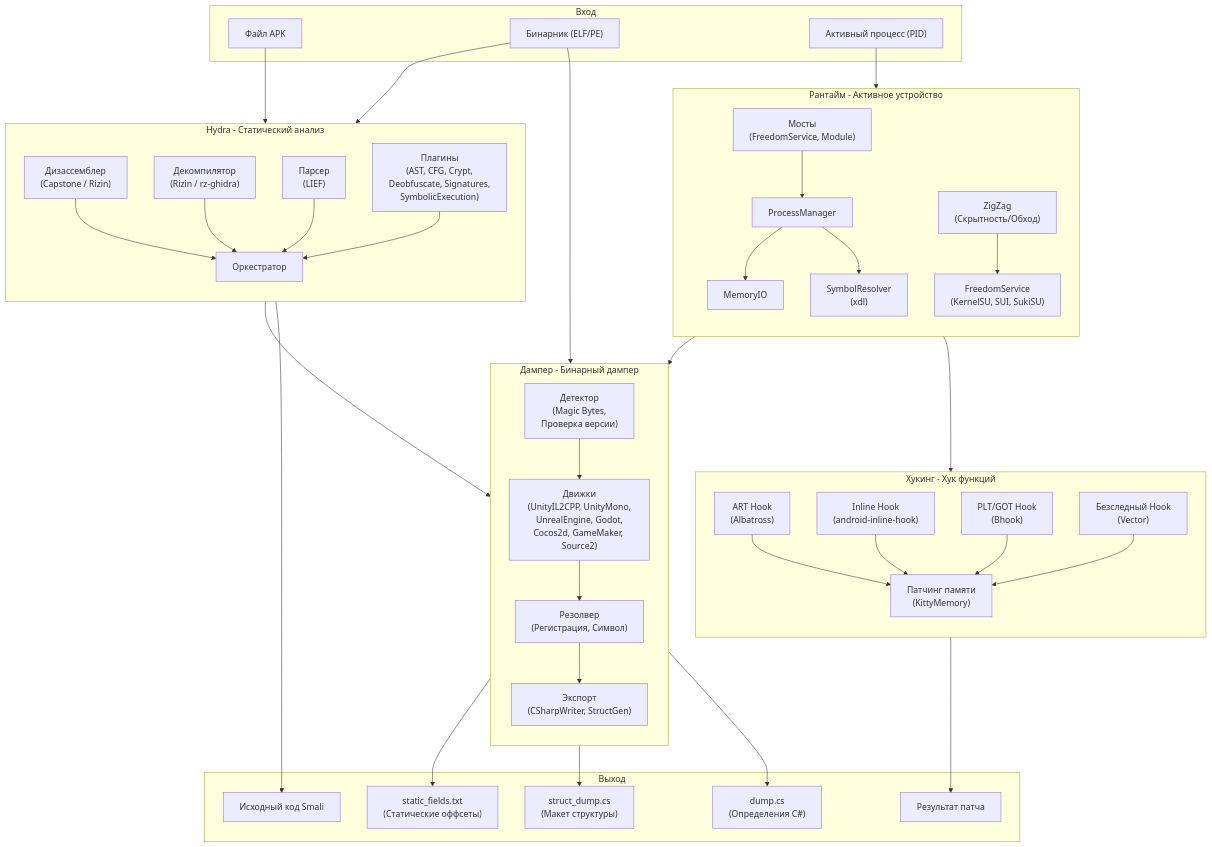
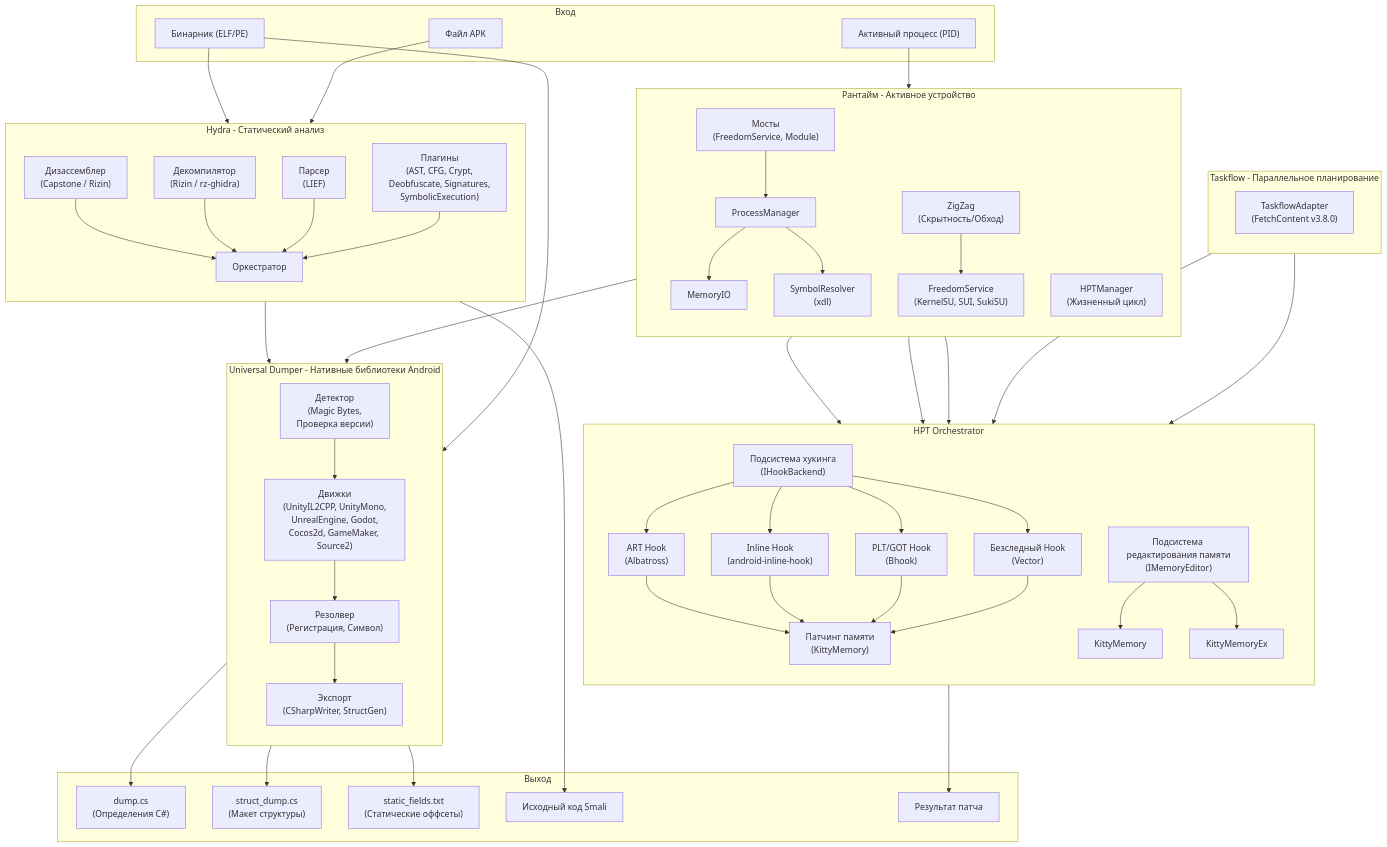
One commit to CicakDroid/OmniByte changed the first of 2 diagrams in README_RU.md. Above: the diagram before and after it, drawn with Mermaid. The commit also changed other lines of this file and 5 other files, not shown here.

First line of the commit message:
docs: refresh all README diagrams & add build script

````diff
--- a/README_RU.md
+++ b/README_RU.md
@@ -160,7 +168,7 @@
         H_PLG --> H_ORC
     end
 
-    subgraph DUMPER["Дампер - Бинарный дампер"]
+    subgraph DUMPER["Universal Dumper - Нативные библиотеки Android"]
         direction TB
         D_DET["Детектор\n(Magic Bytes,\nПроверка версии)"]
         D_ENG["Движки\n(UnityIL2CPP, UnityMono,\nUnrealEngine, Godot,\nCocos2d, GameMaker, Source2)"]
@@ -171,16 +179,20 @@
         D_RES --> D_EXP
     end
 
-    subgraph HOOKER["Хукинг - Хук функций"]
+    subgraph HPT["HPT Orchestrator"]
         direction TB
-        HK_ART["ART Hook\n(Albatross)"]
-        HK_INL["Inline Hook\n(android-inline-hook)"]
-        HK_PLT["PLT/GOT Hook\n(Bhook)"]
-        HK_TLS["Безследный Hook\n(Vector)"]
+        HK_MOD["Подсистема хукинга\n(IHookBackend)"]
+        ME_MOD["Подсистема редактирования памяти\n(IMemoryEditor)"]
+        HK_MOD --> HK_ART["ART Hook\n(Albatross)"]
+        HK_MOD --> HK_INL["Inline Hook\n(android-inline-hook)"]
+        HK_MOD --> HK_PLT["PLT/GOT Hook\n(Bhook)"]
+        HK_MOD --> HK_TLS["Безследный Hook\n(Vector)"]
         HK_ART --> HK_MEM["Патчинг памяти\n(KittyMemory)"]
         HK_INL --> HK_MEM
         HK_PLT --> HK_MEM
         HK_TLS --> HK_MEM
+        ME_MOD --> ME_KIT["KittyMemory"]
+        ME_MOD --> ME_KITX["KittyMemoryEx"]
     end
 
     subgraph RUNTIME["Рантайм - Активное устройство"]
@@ -190,11 +202,19 @@
         R_MIO["MemoryIO"]
         R_SYM["SymbolResolver\n(xdl)"]
         R_ZZ["ZigZag\n(Скрытность/Обход)"]
+        R_HPT["HPTManager\n(Жизненный цикл)"]
         R_FS["FreedomService\n(KernelSU, SUI, SukiSU)"]
         R_BRG --> R_PM
         R_PM --> R_MIO
         R_PM --> R_SYM
         R_ZZ --> R_FS
+        R_HPT --> HK_MOD
+        R_HPT --> ME_MOD
+    end
+
+    subgraph TASKFLOW["Taskflow - Параллельное планирование"]
+        direction TB
+        TF["TaskflowAdapter\n(FetchContent v3.8.0)"]
     end
 
     subgraph OUTPUT["Выход"]
@@ -218,4 +238,6 @@
     HK_MEM --> O_PT
     R_MIO --> HK_MEM
     R_SYM --> D_RES
+    TF --> HK_MOD
+    TF --> ME_MOD
 ```
````
